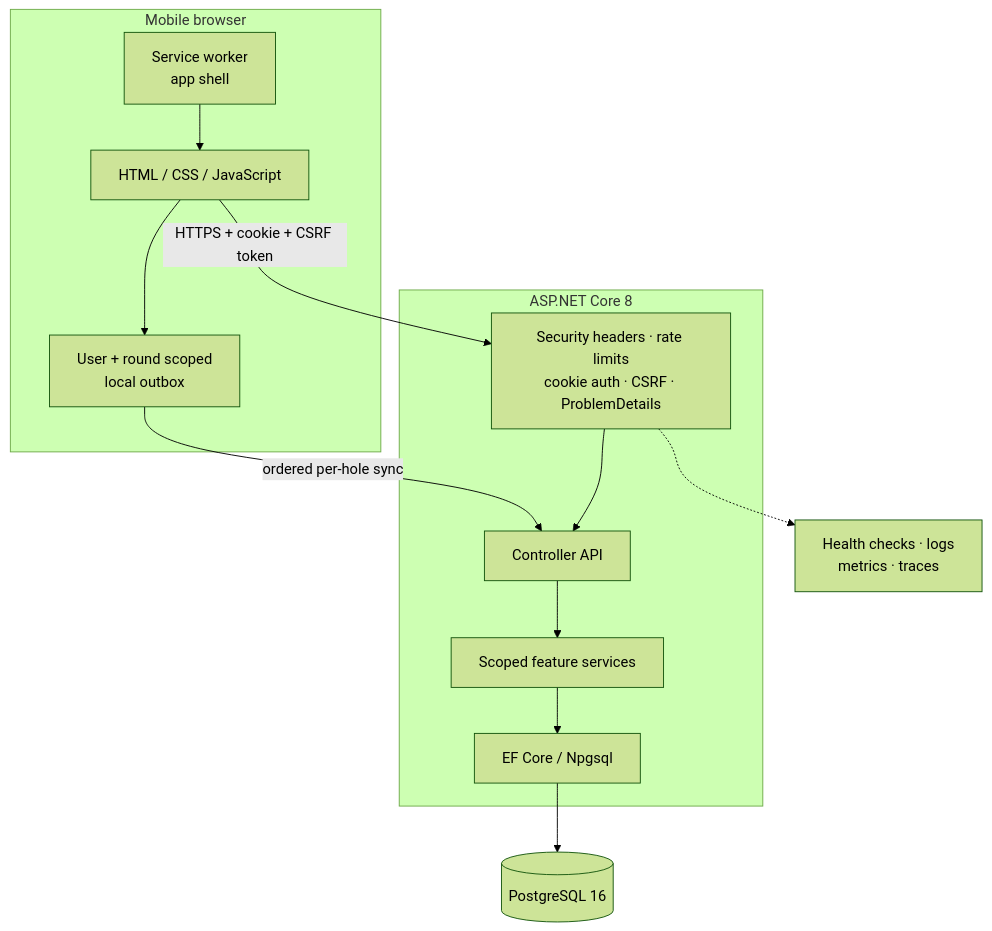
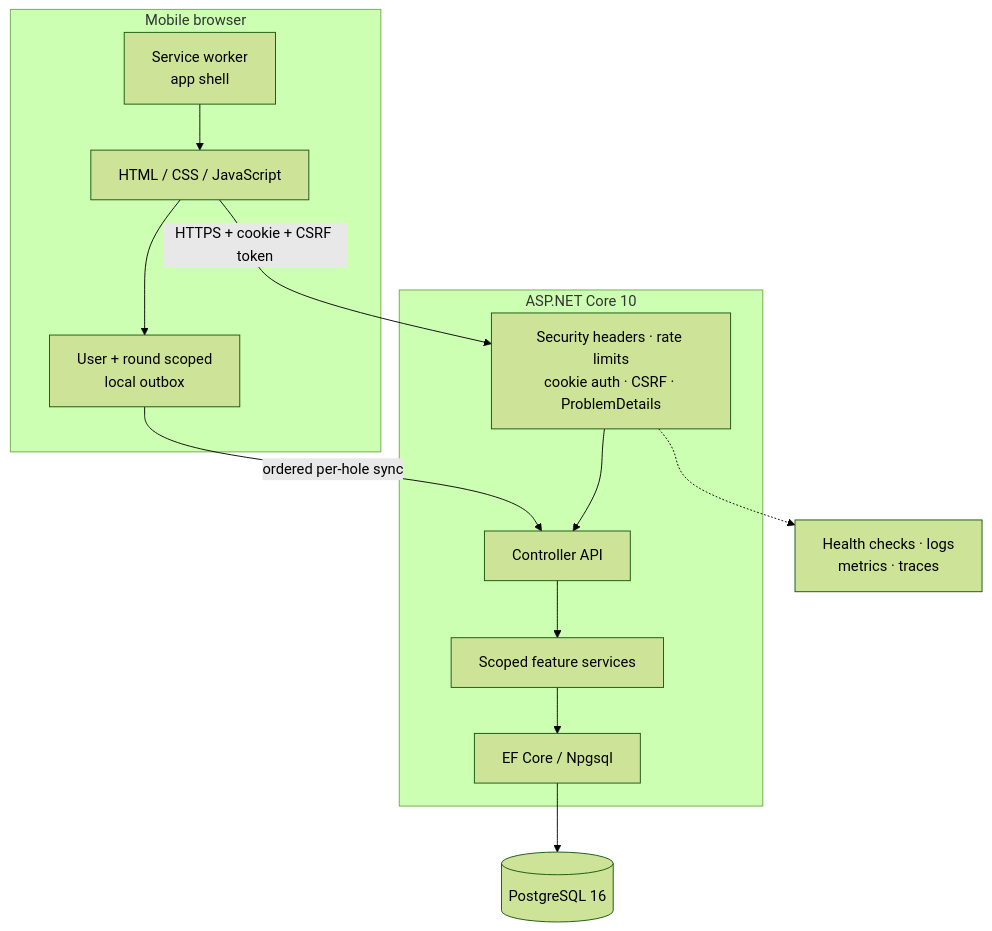
One commit to Kouen-Park/BirdieBuddy changed the diagram in README.md. Above: the diagram before and after it, drawn with Mermaid (forest theme). The commit also changed other lines of this file and 9 other files, not shown here.

````diff
--- a/README.md
+++ b/README.md
@@ -67,23 +67,23 @@
 ```mermaid
 flowchart TB
     subgraph Browser["Mobile browser"]
         UI["HTML / CSS / JavaScript"]
         SW["Service worker<br/>app shell"]
         Outbox["User + round scoped<br/>local outbox"]
         UI --> Outbox
         SW --> UI
     end
 
-    subgraph App["ASP.NET Core 8"]
+    subgraph App["ASP.NET Core 10"]
         Pipeline["Security headers · rate limits<br/>cookie auth · CSRF · ProblemDetails"]
         Controllers["Controller API"]
         Services["Scoped feature services"]
         EF["EF Core / Npgsql"]
         Pipeline --> Controllers --> Services --> EF
     end
 
     UI -->|HTTPS + cookie + CSRF token| Pipeline
     Outbox -->|ordered per-hole sync| Controllers
     EF --> DB[(PostgreSQL 16)]
     Pipeline -.-> Ops["Health checks · logs<br/>metrics · traces"]
 ```
````
